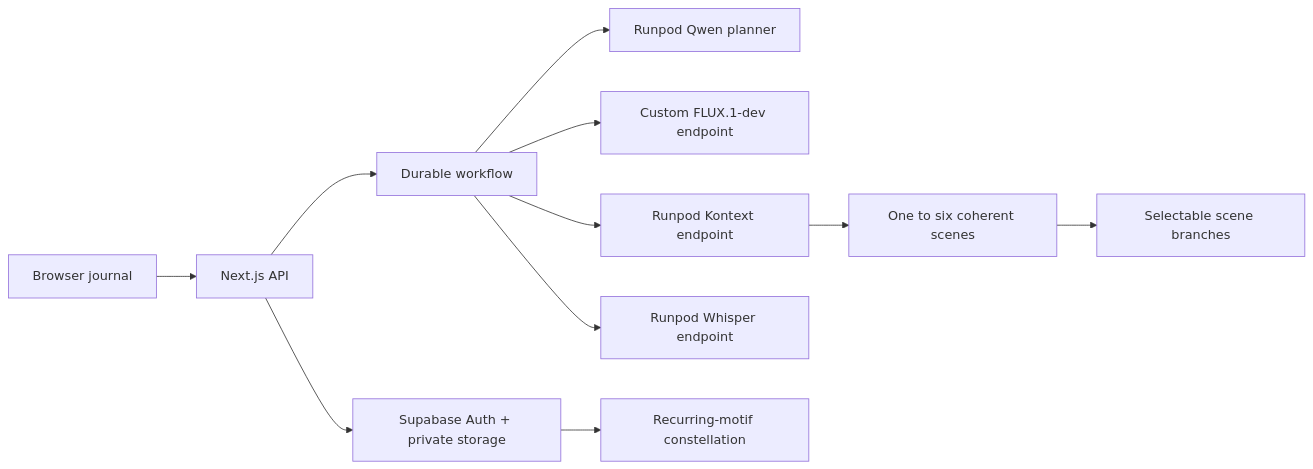
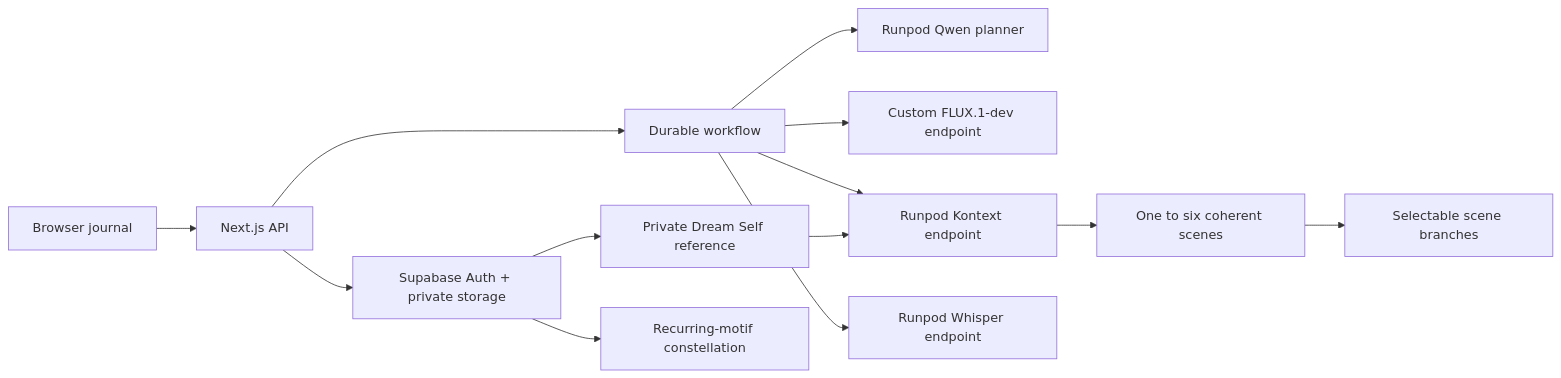
One commit to samuelczhao/runpod-flux-serverless changed the first of 2 diagrams in README.md. Above: the diagram before and after it, drawn with Mermaid. The commit also changed other lines of this file and 49 other files, not shown here.

Commit message:
Add private identity-aware dream stories

````diff
--- a/README.md
+++ b/README.md
@@ -18,13 +19,15 @@
 ```mermaid
 flowchart LR
     A[Browser journal] --> B[Next.js API]
     B --> C[Supabase Auth + private storage]
     B --> D[Durable workflow]
     D --> E[Runpod Qwen planner]
     D --> F[Custom FLUX.1-dev endpoint]
     D --> G[Runpod Kontext endpoint]
     D --> K[Runpod Whisper endpoint]
+    C --> L[Private Dream Self reference]
+    L --> G
     G --> H[One to six coherent scenes]
     H --> I[Selectable scene branches]
     C --> J[Recurring-motif constellation]
 ```
````
